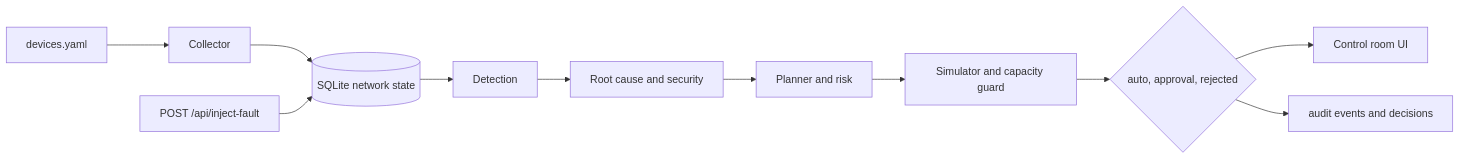
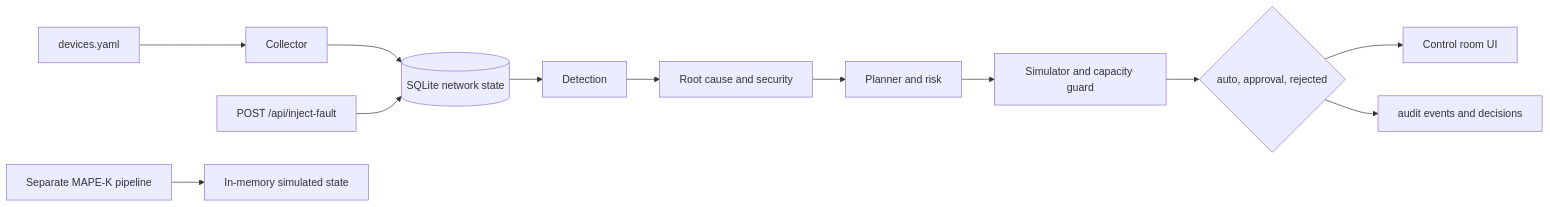
One commit to sarthakdhawan-eng/Netops-MAPEK-Cisco-Community-task-round-VIT-Bhopal- changed the diagram in docs/architecture.md. Above: the diagram before and after it, drawn with Mermaid. The commit also changed other lines of this file and 10 other files, not shown here.

````diff
--- a/docs/architecture.md
+++ b/docs/architecture.md
@@ -15,13 +16,14 @@
 ```mermaid
 flowchart LR
   CFG[devices.yaml] --> COL[Collector]
   COL --> DB[(SQLite network state)]
   INJ[POST /api/inject-fault] --> DB
   DB --> DET[Detection]
   DET --> RCA[Root cause and security]
   RCA --> PLAN[Planner and risk]
   PLAN --> SIM[Simulator and capacity guard]
   SIM --> DEC{auto, approval, rejected}
   DEC --> UI[Control room UI]
   DEC --> AUD[audit events and decisions]
+PIPE[Separate MAPE-K pipeline] --> MEM[In-memory simulated state]
 ```
````
